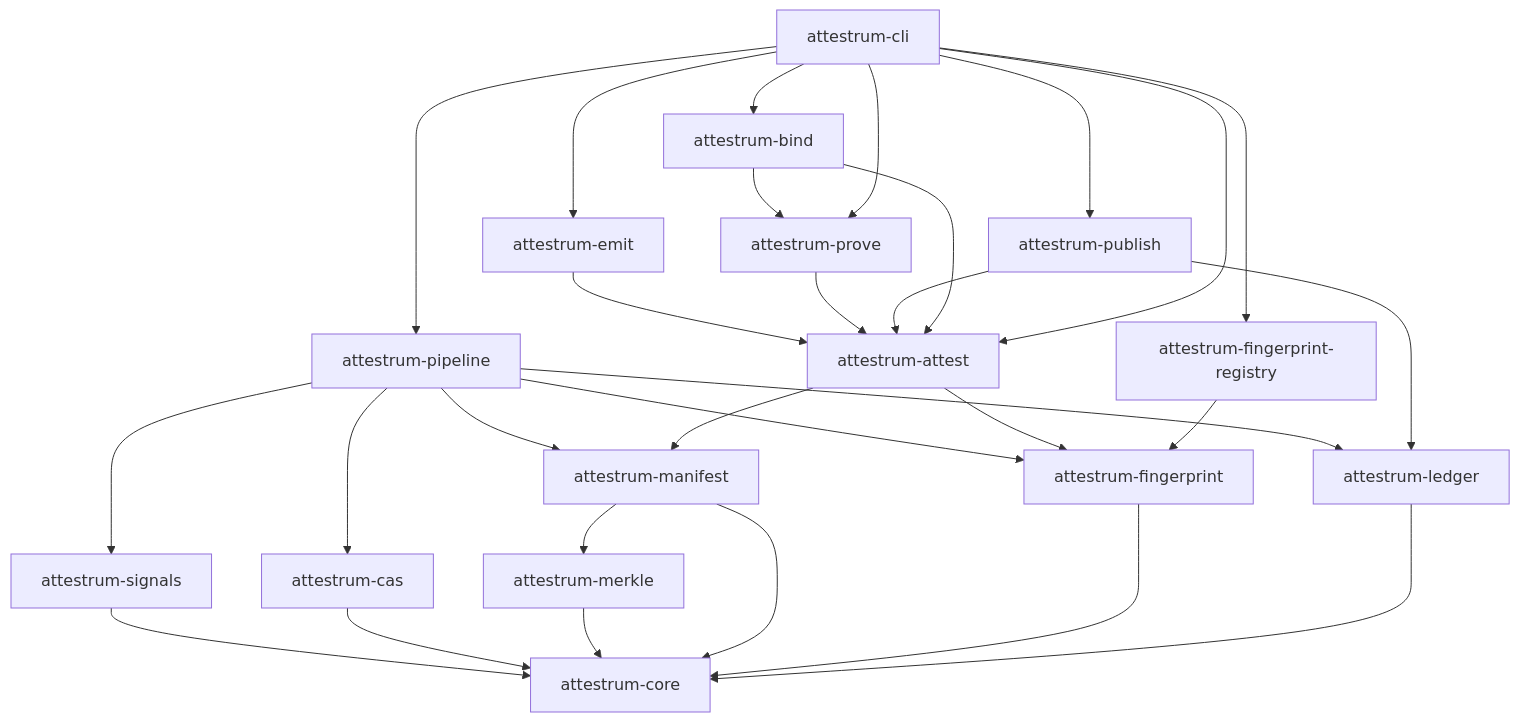
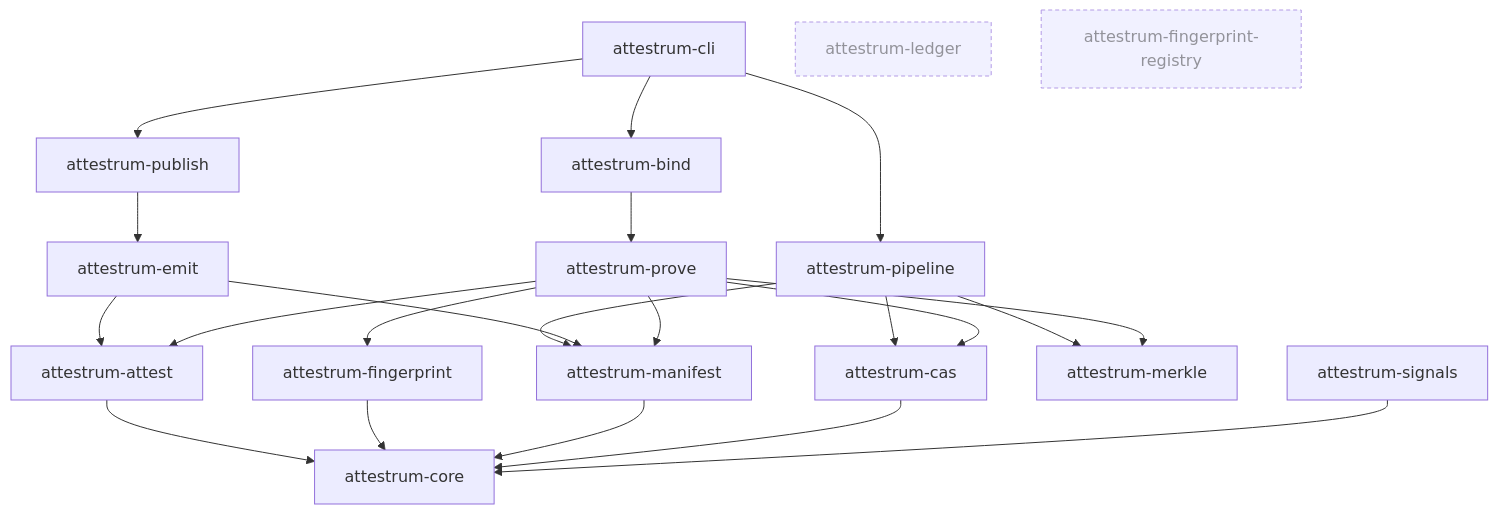
Before and after one commit to Attestrum/Attestrum: the diagram in docs/diagrams/overview/crate-deps.md, drawn with Mermaid. The commit also changed other lines of this file and 1 other file, not shown here.

````diff
--- a/docs/diagrams/overview/crate-deps.md
+++ b/docs/diagrams/overview/crate-deps.md
@@ -17,35 +17,33 @@
 ```mermaid
 flowchart TD
-  S[attestrum-signals] --> C[attestrum-core]
-  CAS[attestrum-cas] --> C
-  MK[attestrum-merkle] --> C
-  M[attestrum-manifest] --> C
-  FP[attestrum-fingerprint] --> C
-  L[attestrum-ledger] --> C
+  CLI[attestrum-cli] --> BD[attestrum-bind]
+  CLI --> P[attestrum-pipeline]
+  CLI --> PB[attestrum-publish]
 
-  P[attestrum-pipeline] --> S
+  BD --> PV[attestrum-prove]
+  PB --> EM[attestrum-emit]
+
+  PV --> AT[attestrum-attest]
+  PV --> CAS[attestrum-cas]
+  PV --> FP[attestrum-fingerprint]
+  PV --> M[attestrum-manifest]
+  PV --> MK[attestrum-merkle]
+
+  EM --> AT
+  EM --> M
+
   P --> CAS
   P --> M
-  P --> FP
-  P --> L
-  M --> MK
+  P --> MK
 
-  AT[attestrum-attest] --> M
-  AT --> FP
-  EM[attestrum-emit] --> AT
-  PV[attestrum-prove] --> AT
-  PB[attestrum-publish] --> AT
-  FR[attestrum-fingerprint-registry] --> FP
-  PB --> L
+  S[attestrum-signals] --> C[attestrum-core]
+  CAS --> C
+  M --> C
+  FP --> C
+  AT --> C
 
-  BD[attestrum-bind] --> AT
-  BD --> PV
+  L[attestrum-ledger]:::unwired
+  FR[attestrum-fingerprint-registry]:::unwired
 
-  CLI[attestrum-cli] --> P
-  CLI --> AT
-  CLI --> EM
-  CLI --> PV
-  CLI --> PB
-  CLI --> FR
-  CLI --> BD
+  classDef unwired stroke-dasharray: 4 3,opacity:0.7
 ```
````
